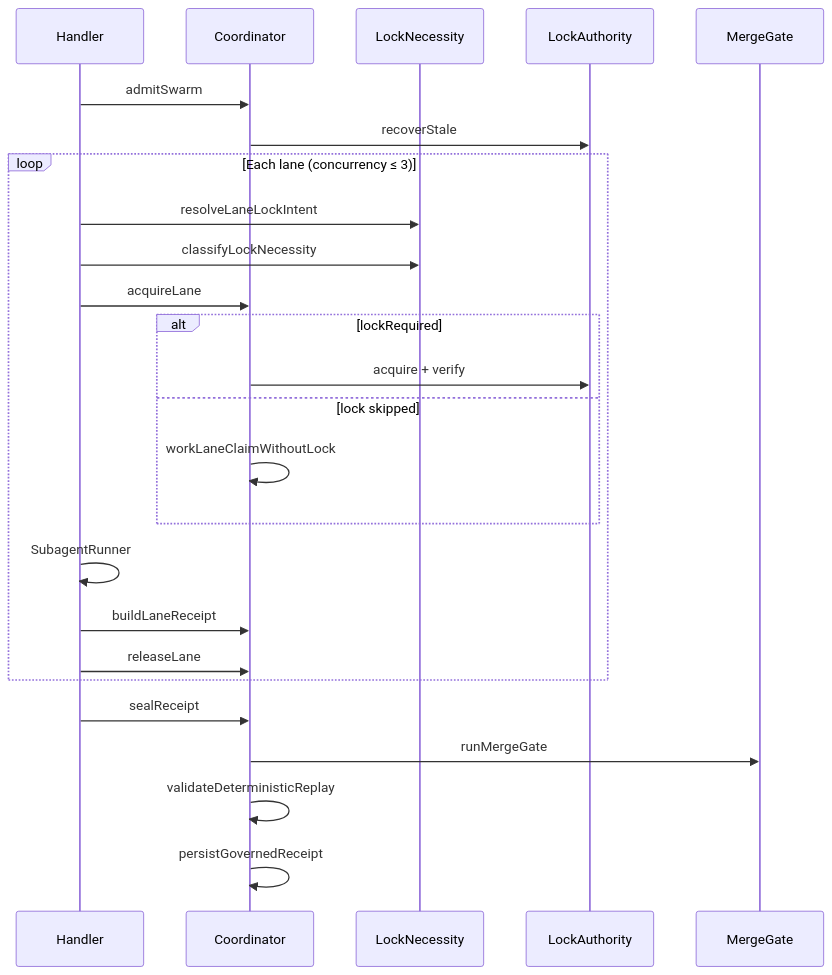
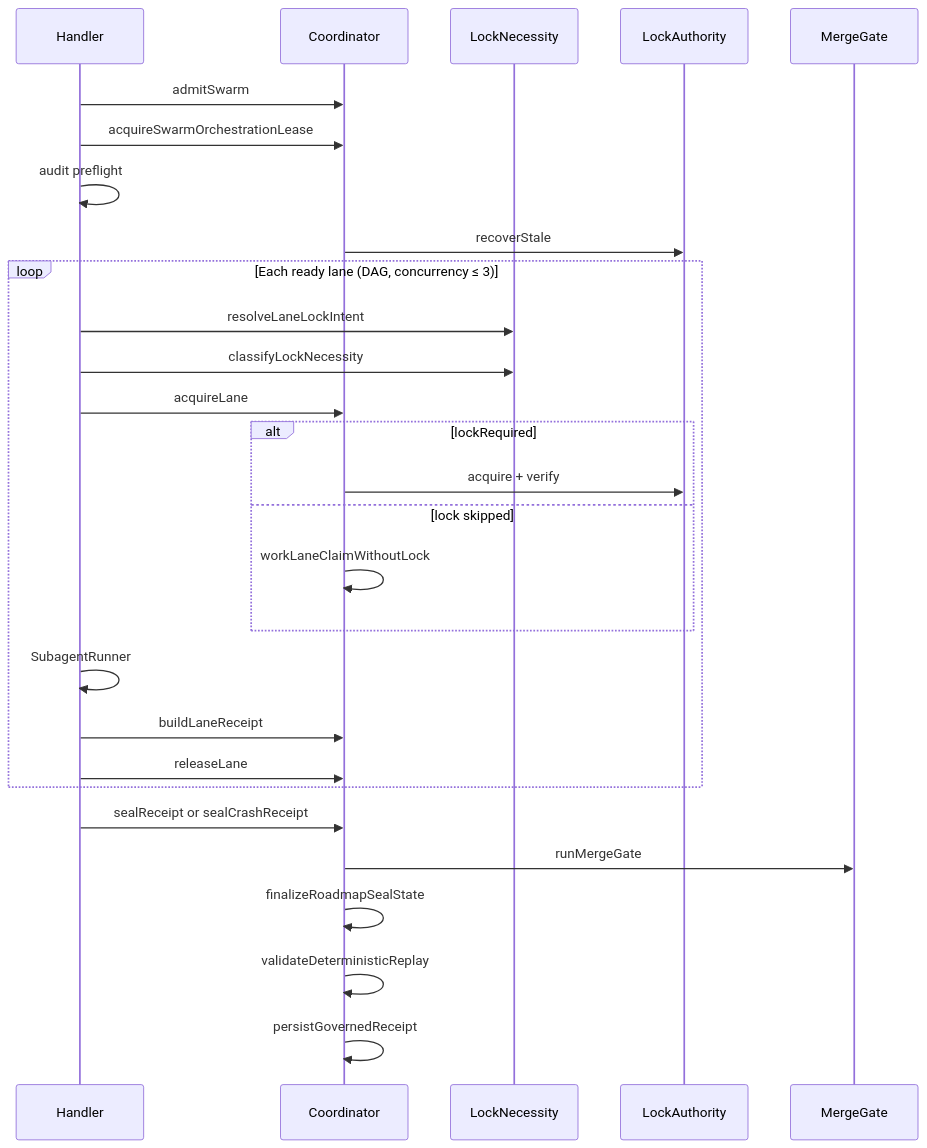
Before and after one commit to CardSorting/LUMI: the second of 2 diagrams in docs/governed-subagent-execution.md, drawn with Mermaid. The commit also changed other lines of this file and 10 other files, not shown here.

````diff
--- a/docs/governed-subagent-execution.md
+++ b/docs/governed-subagent-execution.md
@@ -111,30 +115,33 @@
 ```mermaid
 sequenceDiagram
   participant H as Handler
   participant C as Coordinator
   participant N as LockNecessity
   participant A as LockAuthority
   participant M as MergeGate
 
   H->>C: admitSwarm
+  H->>C: acquireSwarmOrchestrationLease
+  H->>H: audit preflight
   C->>A: recoverStale
 
-  loop Each lane (concurrency ≤ 3)
+  loop Each ready lane (DAG, concurrency ≤ 3)
     H->>N: resolveLaneLockIntent
     H->>N: classifyLockNecessity
     H->>C: acquireLane
     alt lockRequired
       C->>A: acquire + verify
     else lock skipped
       C->>C: workLaneClaimWithoutLock
     end
     H->>H: SubagentRunner
     H->>C: buildLaneReceipt
     H->>C: releaseLane
   end
 
-  H->>C: sealReceipt
+  H->>C: sealReceipt or sealCrashReceipt
   C->>M: runMergeGate
+  C->>C: finalizeRoadmapSealState
   C->>C: validateDeterministicReplay
   C->>C: persistGovernedReceipt
 ```
````
